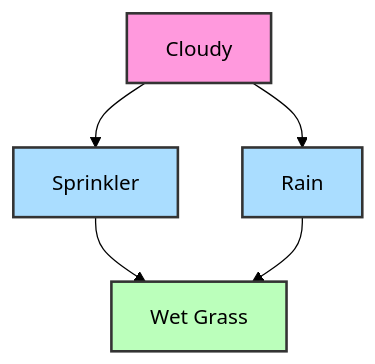
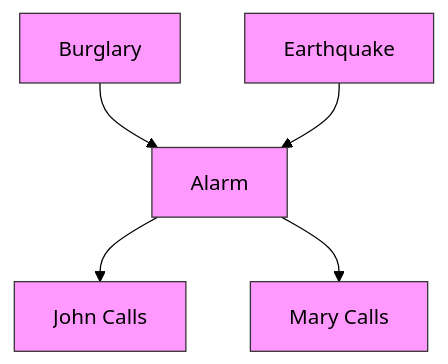
Before and after one commit to Chaklader/part-of-speech-tagging: the first of 5 diagrams in C_1_OLD.md, drawn with Mermaid (forest theme). The commit also changed other lines of this file and 11 other files, not shown here.

````diff
--- a/C_1_OLD.md
+++ b/C_1_OLD.md
@@ -31,12 +127,10 @@
 ```mermaid
 graph TD
-    A[Cloudy] --> B[Sprinkler]
-    A --> C[Rain]
-    B --> D[Wet Grass]
-    C --> D
+    B[Burglary] --> A[Alarm]
+    E[Earthquake] --> A
+    A --> J[John Calls]
+    A --> M[Mary Calls]
 
-    style A fill:#f9d,stroke:#333,stroke-width:2px
-    style B fill:#adf,stroke:#333,stroke-width:2px
-    style C fill:#adf,stroke:#333,stroke-width:2px
-    style D fill:#bfb,stroke:#333,stroke-width:2px
+    classDef event fill:#f9f,stroke:#333,stroke-width:1px;
+    class B,E,A,J,M event;
 ```
````
